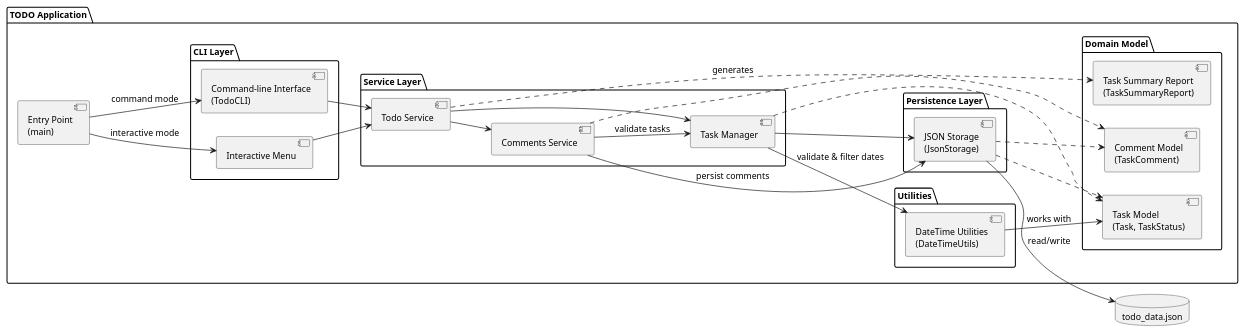
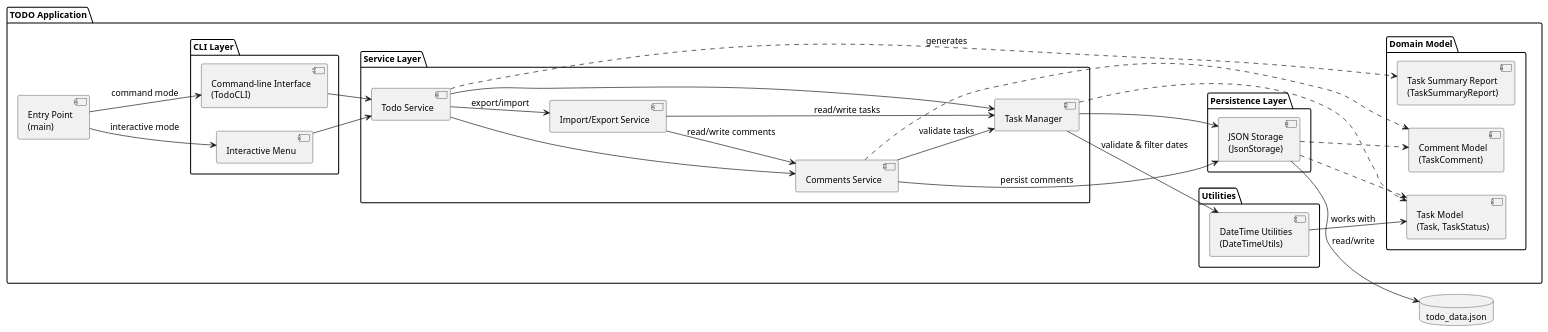
The diagram in experiments/supervisor_as_tools/user_stories/TODO/artifacts/component_diagram.puml (DanielRiha8906/Software_autoevolution_using_agents), drawn with PlantUML before and after one commit. The commit also changed 11 other files, not shown here.

First line of the commit message:
task 07: implement export/import functionality for tasks and comments

```diff
--- a/experiments/supervisor_as_tools/user_stories/TODO/artifacts/component_diagram.puml
+++ b/experiments/supervisor_as_tools/user_stories/TODO/artifacts/component_diagram.puml
@@ -1,63 +1,68 @@
 @startuml component_diagram
 
 skinparam componentStyle uml2
 skinparam defaultFontSize 13
 
 left to right direction
 
 package "TODO Application" {
 
     component "Entry Point\n(main)" as Main
 
     package "CLI Layer" {
         component "Interactive Menu" as IM
         component "Command-line Interface\n(TodoCLI)" as CLI
     }
 
     package "Service Layer" {
         component "Todo Service" as SVC
         component "Task Manager" as MGR
         component "Comments Service" as CMT
+        component "Import/Export Service" as IMPEXP
     }
 
     package "Domain Model" {
         component "Task Model\n(Task, TaskStatus)" as Model
         component "Comment Model\n(TaskComment)" as CommentModel
         component "Task Summary Report\n(TaskSummaryReport)" as SummaryModel
     }
 
     package "Utilities" {
         component "DateTime Utilities\n(DateTimeUtils)" as DTUtils
     }
 
     package "Persistence Layer" {
         component "JSON Storage\n(JsonStorage)" as Storage
     }
 }
 
 database "todo_data.json" as DB
 
 Main --> IM : interactive mode
 Main --> CLI : command mode
 
 IM --> SVC
 CLI --> SVC
 
 SVC --> MGR
 SVC --> CMT
+SVC --> IMPEXP : export/import
 SVC ..> SummaryModel : generates
+
+IMPEXP --> MGR : read/write tasks
+IMPEXP --> CMT : read/write comments
 
 MGR --> Storage
 MGR --> DTUtils : validate & filter dates
 MGR ..> Model
 CMT --> Storage : persist comments
 CMT --> MGR : validate tasks
 CMT ..> CommentModel
 
 Storage ..> Model
 Storage ..> CommentModel
 DTUtils --> Model : works with
 
 Storage --> DB : read/write
 
 @enduml
```
